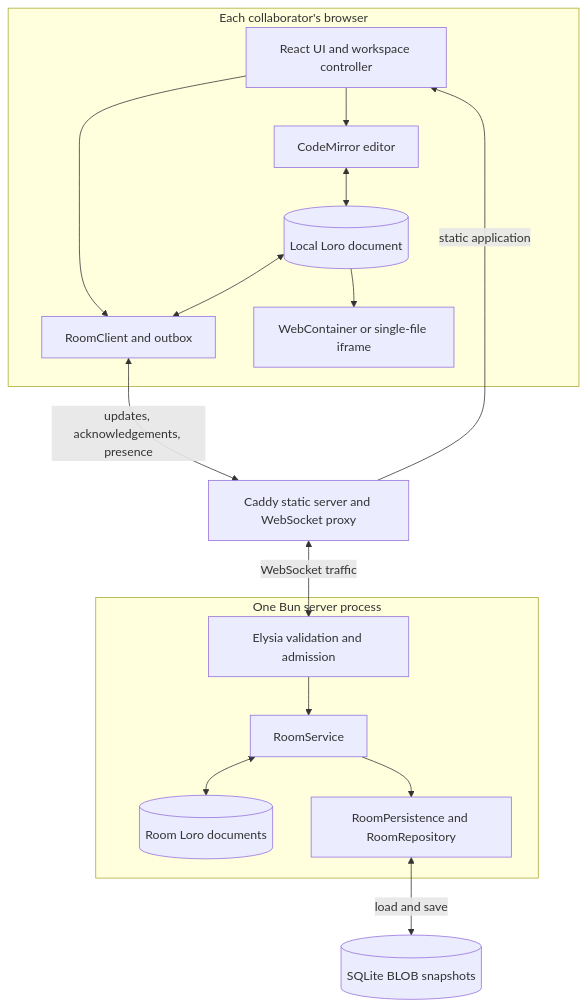
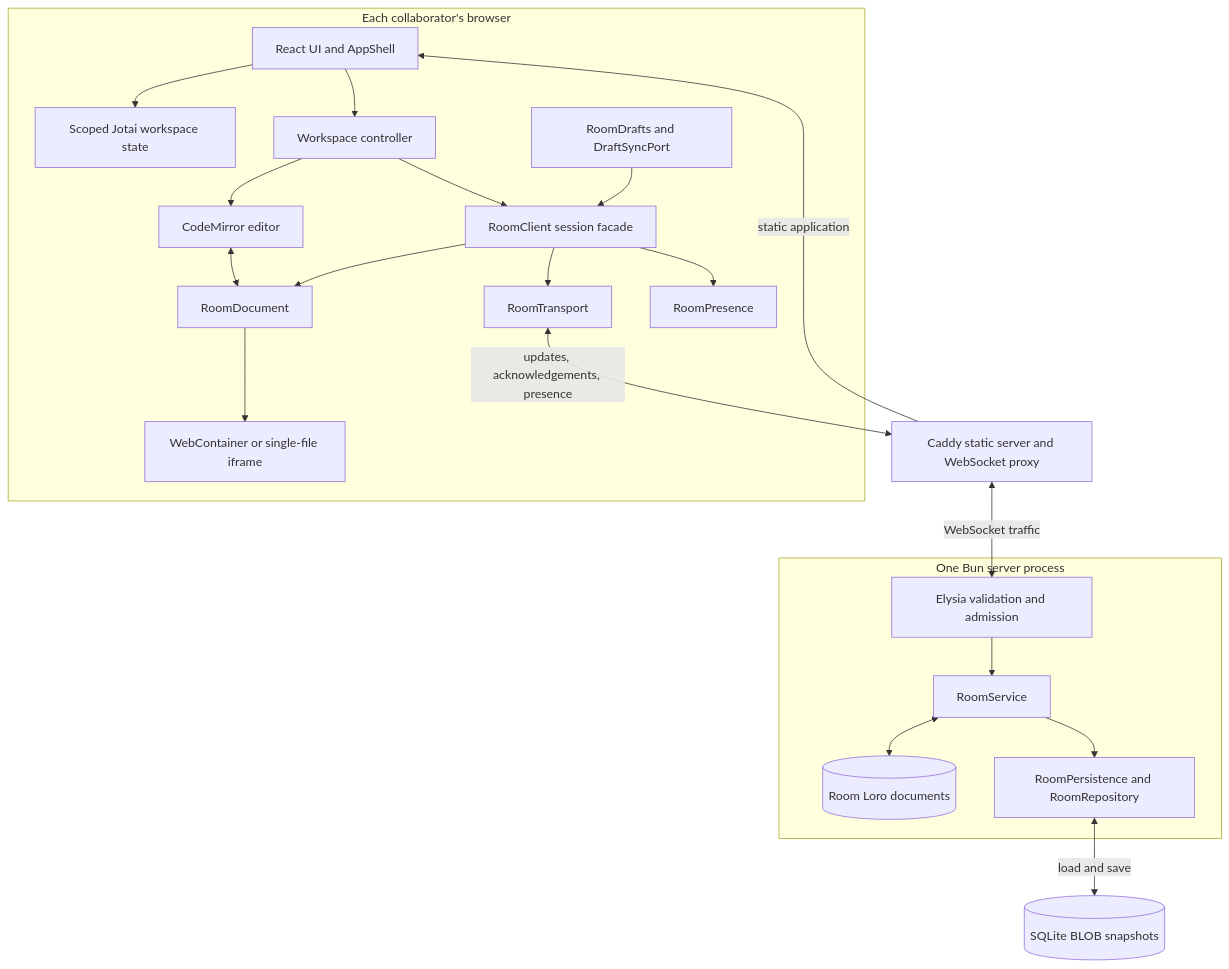
Before and after one commit to BBboy01/Tsugite: the first of 9 diagrams in docs/architecture.md, drawn with Mermaid. The commit also changed other lines of this file and 4 other files, not shown here.

````diff
--- a/docs/architecture.md
+++ b/docs/architecture.md
@@ -9,30 +9,40 @@
 ```mermaid
 flowchart TB
   subgraph Browser["Each collaborator's browser"]
-    Web["React UI and workspace controller"]
+    Web["React UI and AppShell"]
+    Workspace["Scoped Jotai workspace state"]
     Editor["CodeMirror editor"]
-    RoomClient["RoomClient and outbox"]
-    ClientDocument[("Local Loro document")]
+    Controller["Workspace controller"]
+    Session["RoomClient session facade"]
+    Transport["RoomTransport"]
+    Document["RoomDocument"]
+    Presence["RoomPresence"]
+    Drafts["RoomDrafts and DraftSyncPort"]
     Preview["WebContainer or single-file iframe"]
-    Web --> Editor
-    Web --> RoomClient
-    Editor <--> ClientDocument
-    ClientDocument <--> RoomClient
-    ClientDocument --> Preview
+    Web --> Workspace
+    Web --> Controller
+    Controller --> Editor
+    Controller --> Session
+    Editor <--> Document
+    Session --> Transport
+    Session --> Document
+    Session --> Presence
+    Drafts --> Session
+    Document --> Preview
   end
   Proxy["Caddy static server and WebSocket proxy"]
   subgraph Backend["One Bun server process"]
     Server["Elysia validation and admission"]
     Room["RoomService"]
     ServerDocument[("Room Loro documents")]
     Persistence["RoomPersistence and RoomRepository"]
     Server --> Room
     Room <--> ServerDocument
     Room --> Persistence
   end
   Database[("SQLite BLOB snapshots")]
   Proxy -->|static application| Web
-  RoomClient <-->|updates, acknowledgements, presence| Proxy
+  Transport <-->|updates, acknowledgements, presence| Proxy
   Proxy <-->|WebSocket traffic| Server
   Persistence <-->|load and save| Database
 ```
````
